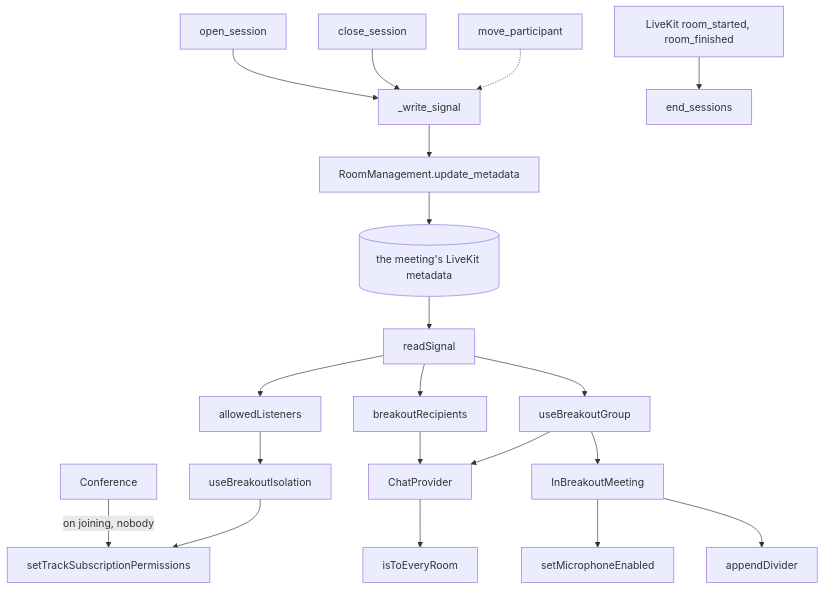
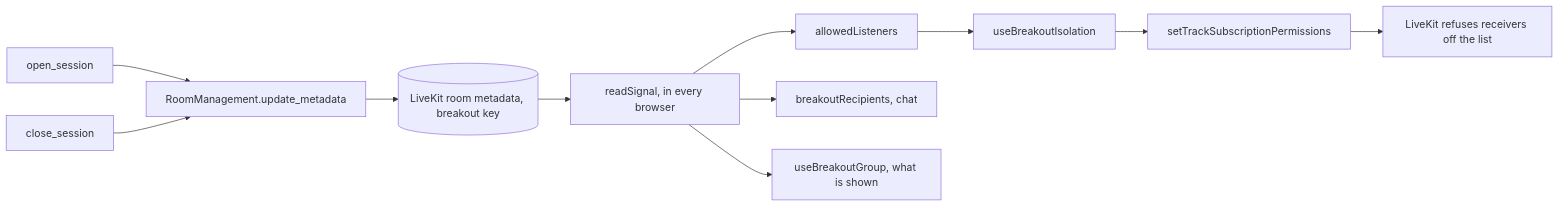
Before and after one commit to davd-gzl/agent-artifact: the diagram in meet/1765/overview.md, drawn with Mermaid. The commit also changed other lines of this file, not shown here.

Commit message:
meet 1765: overview rewritten for a fast deep read, at c60f81e1

````diff
--- a/meet/1765/overview.md
+++ b/meet/1765/overview.md
@@ -157,22 +25,13 @@
 ```mermaid
-flowchart TD
-    open["open_session"] --> write["_write_signal"]
+flowchart LR
+    open["open_session"] --> write["RoomManagement.update_metadata"]
     close["close_session"] --> write
-    move["move_participant"] -.-> write
-    write --> update["RoomManagement.update_metadata"]
-    events["LiveKit room_started, room_finished"] --> ends["end_sessions"]
-    update --> metadata[("the meeting's LiveKit metadata")]
-    conference["Conference"] -->|on joining, nobody| permissions["setTrackSubscriptionPermissions"]
-    metadata --> read["readSignal"]
-    read --> listeners["allowedListeners"]
-    listeners --> isolation["useBreakoutIsolation"]
-    isolation --> permissions
-    read --> recipients["breakoutRecipients"]
-    recipients --> chat["ChatProvider"]
-    chat --> every["isToEveryRoom"]
-    read --> group["useBreakoutGroup"]
-    group --> chat
-    group --> participant["InBreakoutMeeting"]
-    participant --> mic["setMicrophoneEnabled"]
-    participant --> divider["appendDivider"]
+    write --> meta[("LiveKit room metadata, breakout key")]
+    meta --> read["readSignal, in every browser"]
+    read --> allowed["allowedListeners"]
+    allowed --> iso["useBreakoutIsolation"]
+    iso --> perms["setTrackSubscriptionPermissions"]
+    perms --> lk["LiveKit refuses receivers off the list"]
+    read --> recipients["breakoutRecipients, chat"]
+    read --> group["useBreakoutGroup, what is shown"]
 ```
````
